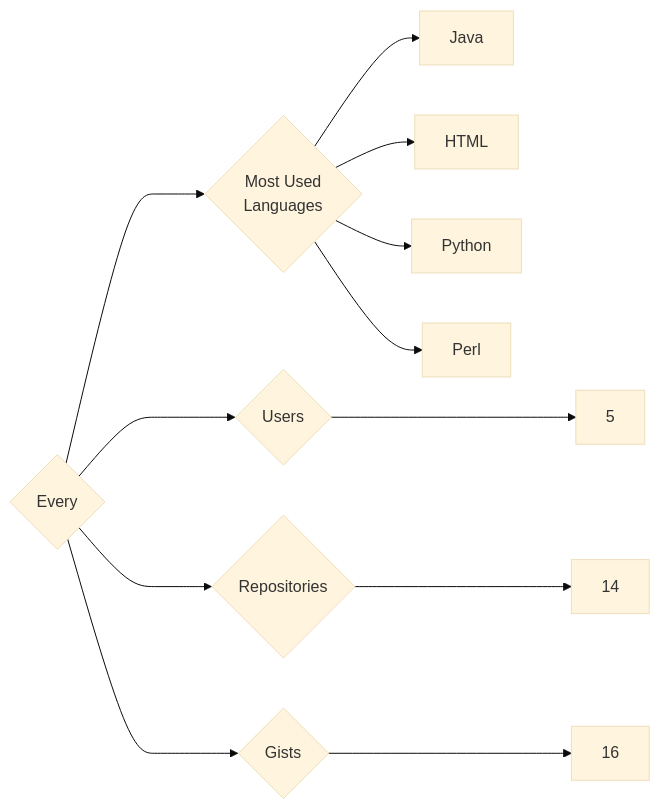
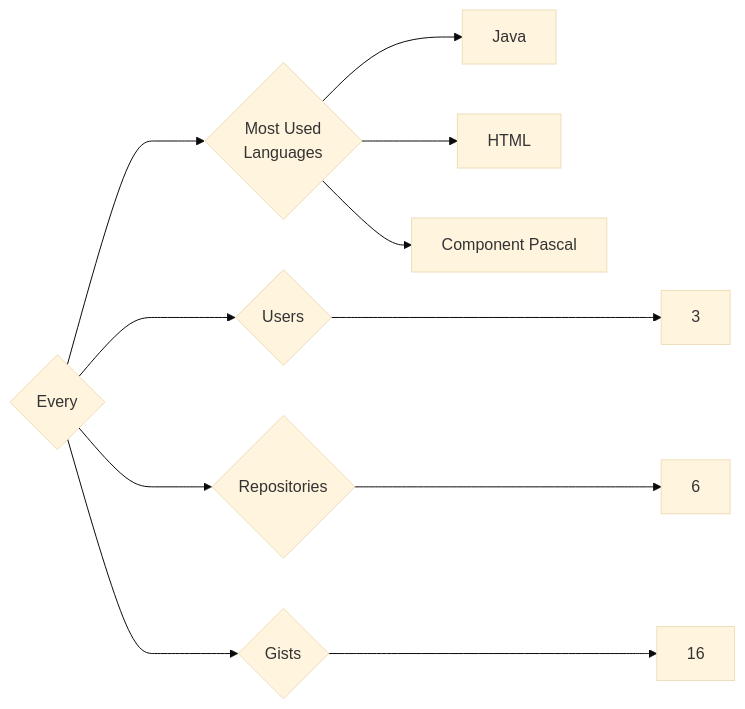
One commit to trickest/insiders changed the diagram in targets/Every/README.md. Above: the diagram before and after it, drawn with Mermaid (base theme). The commit also changed 932 other files, not shown here.

````diff
--- a/targets/Every/README.md
+++ b/targets/Every/README.md
@@ -3,12 +3,11 @@
 ```mermaid
 graph LR
 COMPANY_NAME{Every}
-COMPANY_NAME ---> U{Users} ---> UN[5]
-COMPANY_NAME ---> R{Repositories} ---> RN[14]
+COMPANY_NAME ---> U{Users} ---> UN[3]
+COMPANY_NAME ---> R{Repositories} ---> RN[6]
 COMPANY_NAME ---> G{Gists} ---> GN[16]
 COMPANY_NAME ---> ML{Most Used<br>Languages}
 ML --> Java[Java]
 ML --> HTML[HTML]
-ML --> Python[Python]
-ML --> Perl[Perl]
+ML --> Component_Pascal[Component Pascal]
 ```
````
